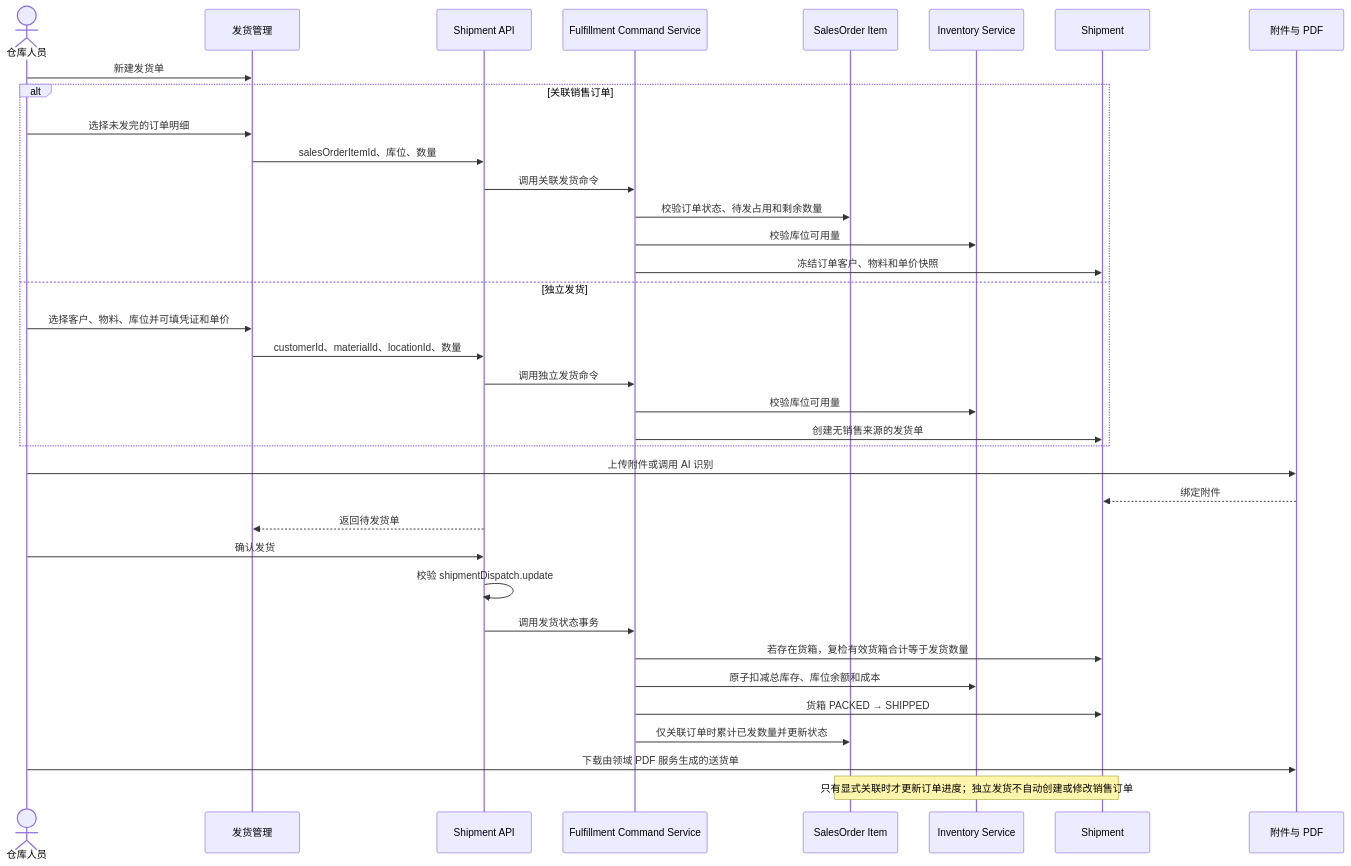
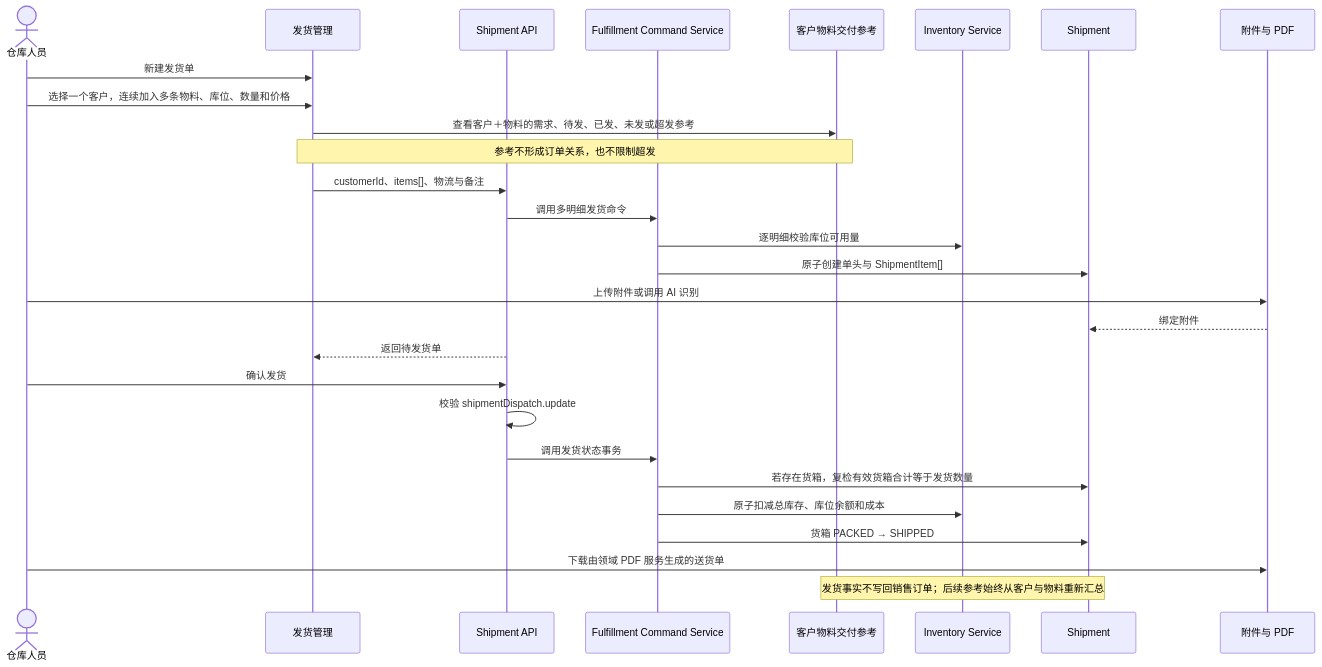
One commit to goldf2/mes-lite changed diagram 13 of 29 in docs/architecture/系统时序图.md. Above: the diagram before and after it, drawn with Mermaid. The commit also changed other lines of this file and 122 other files, not shown here.

Commit message:
feat: decouple sales orders and multi-item shipments

````diff
--- a/docs/architecture/系统时序图.md
+++ b/docs/architecture/系统时序图.md
@@ -418,40 +418,32 @@
 ```mermaid
 sequenceDiagram
   actor U as 仓库人员
   participant UI as 发货管理
   participant API as Shipment API
   participant C as Fulfillment Command Service
-  participant SO as SalesOrder Item
+  participant R as 客户物料交付参考
   participant I as Inventory Service
   participant S as Shipment
   participant F as 附件与 PDF
 
   U->>UI: 新建发货单
-  alt 关联销售订单
-    U->>UI: 选择未发完的订单明细
-    UI->>API: salesOrderItemId、库位、数量
-    API->>C: 调用关联发货命令
-    C->>SO: 校验订单状态、待发占用和剩余数量
-    C->>I: 校验库位可用量
-    C->>S: 冻结订单客户、物料和单价快照
-  else 独立发货
-    U->>UI: 选择客户、物料、库位并可填凭证和单价
-    UI->>API: customerId、materialId、locationId、数量
-    API->>C: 调用独立发货命令
-    C->>I: 校验库位可用量
-    C->>S: 创建无销售来源的发货单
-  end
+  U->>UI: 选择一个客户，连续加入多条物料、库位、数量和价格
+  UI->>R: 查看客户＋物料的需求、待发、已发、未发或超发参考
+  Note over UI,R: 参考不形成订单关系，也不限制超发
+  UI->>API: customerId、items[]、物流与备注
+  API->>C: 调用多明细发货命令
+  C->>I: 逐明细校验库位可用量
+  C->>S: 原子创建单头与 ShipmentItem[]
   U->>F: 上传附件或调用 AI 识别
   F-->>S: 绑定附件
   API-->>UI: 返回待发货单
   U->>API: 确认发货
   API->>API: 校验 shipmentDispatch.update
   API->>C: 调用发货状态事务
   C->>S: 若存在货箱，复检有效货箱合计等于发货数量
   C->>I: 原子扣减总库存、库位余额和成本
   C->>S: 货箱 PACKED → SHIPPED
-  C->>SO: 仅关联订单时累计已发数量并更新状态
   U->>F: 下载由领域 PDF 服务生成的送货单
 
-  Note over S,SO: 只有显式关联时才更新订单进度；独立发货不自动创建或修改销售订单
+  Note over S,R: 发货事实不写回销售订单；后续参考始终从客户与物料重新汇总
 ```
````
